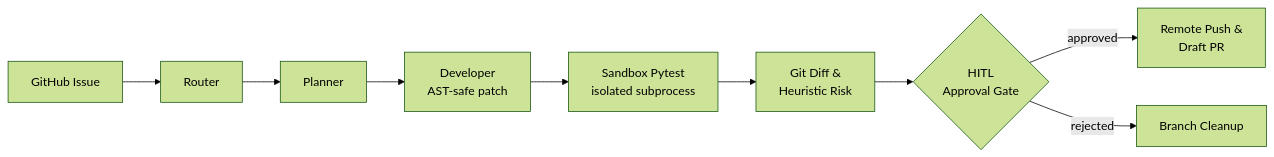
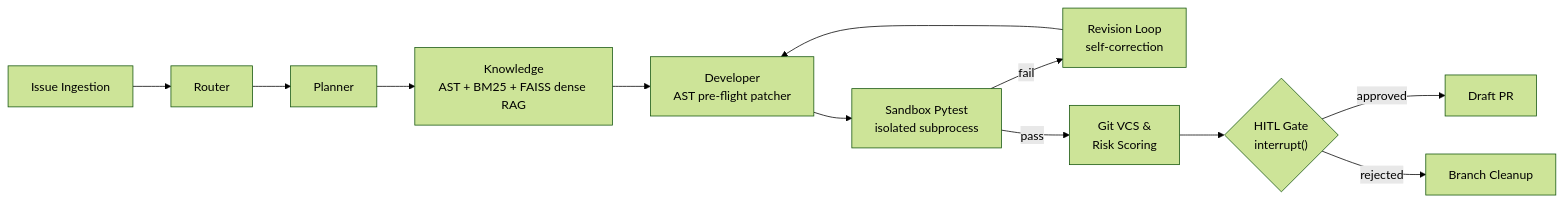
Before and after one commit to king-man1905/agentic-ai-software-engineer: the diagram in README.md, drawn with Mermaid (forest theme). The commit also changed other lines of this file and 1 other file, not shown here.

````diff
--- a/README.md
+++ b/README.md
@@ -10,11 +27,14 @@
 ```mermaid
 flowchart LR
-    A[GitHub Issue] --> B[Router]
+    A[Issue Ingestion] --> B[Router]
     B --> C[Planner]
-    C --> D[Developer<br/>AST-safe patch]
-    D --> E[Sandbox Pytest<br/>isolated subprocess]
-    E --> F[Git Diff &<br/>Heuristic Risk]
-    F --> G{HITL<br/>Approval Gate}
-    G -- approved --> H[Remote Push &<br/>Draft PR]
-    G -- rejected --> I[Branch Cleanup]
+    C --> D["Knowledge<br/>AST + BM25 + FAISS dense RAG"]
+    D --> E["Developer<br/>AST pre-flight patcher"]
+    E --> F["Sandbox Pytest<br/>isolated subprocess"]
+    F -->|fail| G["Revision Loop<br/>self-correction"]
+    G --> E
+    F -->|pass| H["Git VCS &<br/>Risk Scoring"]
+    H --> I{"HITL Gate<br/>interrupt()"}
+    I -->|approved| J[Draft PR]
+    I -->|rejected| K[Branch Cleanup]
 ```
````
